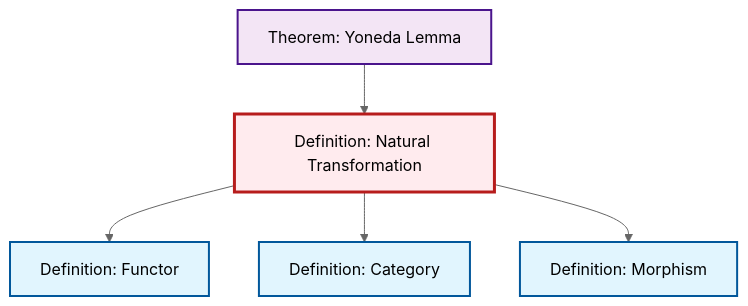
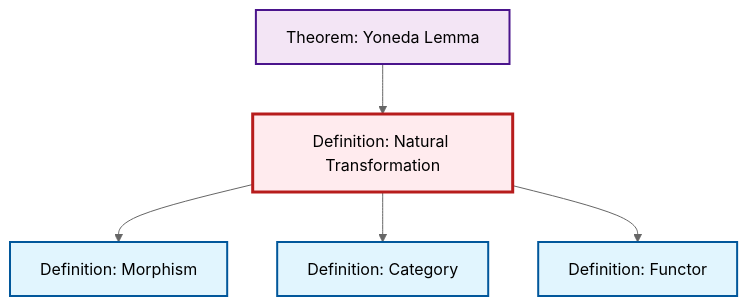
One commit to RK0429/ModernMath changed the diagram in content/ja/category-theory/def-natural-transformation.qmd. Above: the diagram before and after it, drawn with Mermaid (neutral theme). The commit also changed other lines of this file and 491 other files, not shown here.

````diff
--- a/content/ja/category-theory/def-natural-transformation.qmd
+++ b/content/ja/category-theory/def-natural-transformation.qmd
@@ -60,23 +60,23 @@
 ```{mermaid}
 %%| fig-cap: "Local dependency graph"
 graph TD
     classDef definition fill:#e1f5fe,stroke:#01579b,stroke-width:2px
     classDef theorem fill:#f3e5f5,stroke:#4a148c,stroke-width:2px
     classDef axiom fill:#fff3e0,stroke:#e65100,stroke-width:2px
     classDef example fill:#e8f5e9,stroke:#1b5e20,stroke-width:2px
     classDef current fill:#ffebee,stroke:#b71c1c,stroke-width:3px
-    def-natural-transformation["Definition: Natural Transformation"]:::definition
-    def-category["Definition: Category"]:::definition
-    def-morphism["Definition: Morphism"]:::definition
     def-functor["Definition: Functor"]:::definition
     thm-yoneda["Theorem: Yoneda Lemma"]:::theorem
+    def-category["Definition: Category"]:::definition
+    def-natural-transformation["Definition: Natural Transformation"]:::definition
+    def-morphism["Definition: Morphism"]:::definition
+    thm-yoneda --> def-natural-transformation
+    def-natural-transformation --> def-morphism
+    def-natural-transformation --> def-category
     def-natural-transformation --> def-functor
-    def-natural-transformation --> def-category
-    def-natural-transformation --> def-morphism
-    thm-yoneda --> def-natural-transformation
     class def-natural-transformation current
+    click def-functor "def-functor.html" "Definition: Functorへ"
+    click thm-yoneda "thm-yoneda.html" "Theorem: Yoneda Lemmaへ"
     click def-category "def-category.html" "Definition: Categoryへ"
     click def-morphism "def-morphism.html" "Definition: Morphismへ"
-    click def-functor "def-functor.html" "Definition: Functorへ"
-    click thm-yoneda "thm-yoneda.html" "Theorem: Yoneda Lemmaへ"
 ```
````
